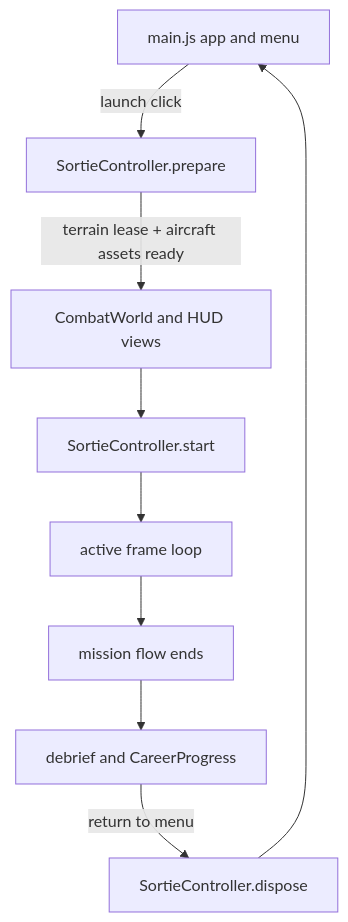
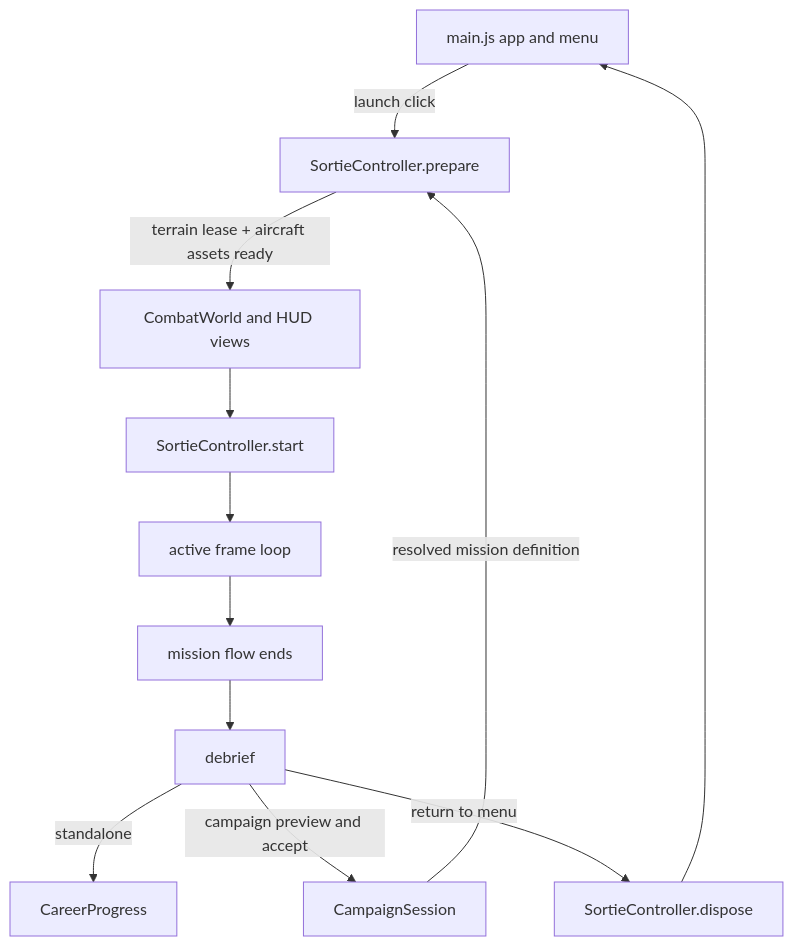
One commit to eratarkastaja/ilmatila changed the diagram in docs/architecture.md. Above: the diagram before and after it, drawn with Mermaid. The commit also changed other lines of this file and 40 other files, not shown here.

````diff
--- a/docs/architecture.md
+++ b/docs/architecture.md
@@ -75,11 +81,14 @@
 ```mermaid
 flowchart TD
   A[main.js app and menu] -->|launch click| B[SortieController.prepare]
+  I[CampaignSession] -->|resolved mission definition| B
   B -->|terrain lease + aircraft assets ready| C[CombatWorld and HUD views]
   C --> D[SortieController.start]
   D --> E[active frame loop]
   E --> F[mission flow ends]
-  F --> G[debrief and CareerProgress]
+  F --> G[debrief]
+  G -->|standalone| J[CareerProgress]
+  G -->|campaign preview and accept| I
   G -->|return to menu| H[SortieController.dispose]
   H --> A
 ```
````
